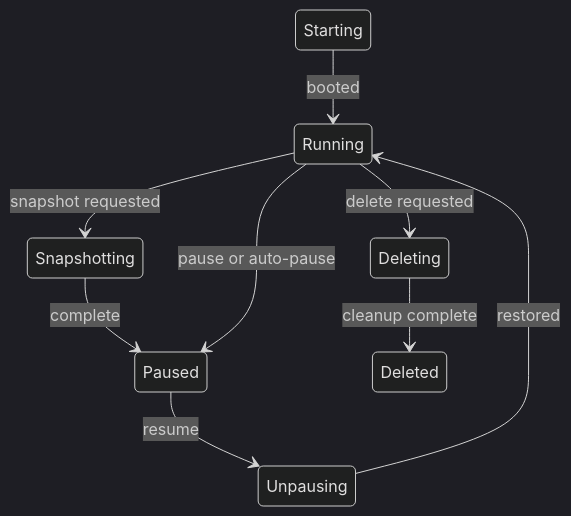
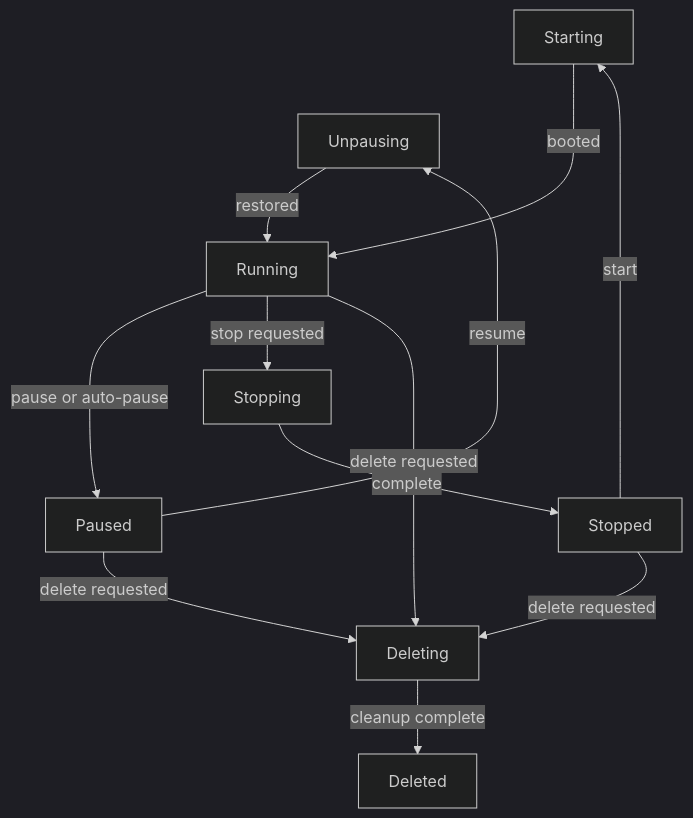
One commit to leap0-dev/docs changed the diagram in content/docs/(core)/introduction/sandbox-lifecycle.mmd. Above: the diagram before and after it, drawn with Mermaid (dark theme). The commit also changed 3 other files, not shown here.

Commit message:
stop and start states

```diff
--- a/content/docs/(core)/introduction/sandbox-lifecycle.mmd
+++ b/content/docs/(core)/introduction/sandbox-lifecycle.mmd
@@ -1,11 +1,16 @@
-stateDiagram-v2
-  direction TB
+flowchart TD
+  Starting ~~~ Unpausing
+  Stopping ~~~ Paused
+  Stopped ~~~ Deleting
 
-  Starting --> Running: booted
-  Running --> Snapshotting: snapshot requested
-  Snapshotting --> Paused: complete
-  Running --> Paused: pause or auto-pause
-  Paused --> Unpausing: resume
-  Unpausing --> Running: restored
-  Running --> Deleting: delete requested
-  Deleting --> Deleted: cleanup complete
+  Starting -->|booted| Running
+  Running -->|pause or auto-pause| Paused
+  Paused -->|resume| Unpausing
+  Unpausing -->|restored| Running
+  Running -->|stop requested| Stopping
+  Stopping -->|complete| Stopped
+  Stopped -->|start| Starting
+  Running -->|delete requested| Deleting
+  Paused -->|delete requested| Deleting
+  Stopped -->|delete requested| Deleting
+  Deleting -->|cleanup complete| Deleted
```
